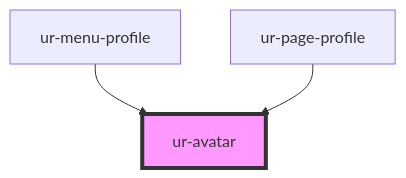
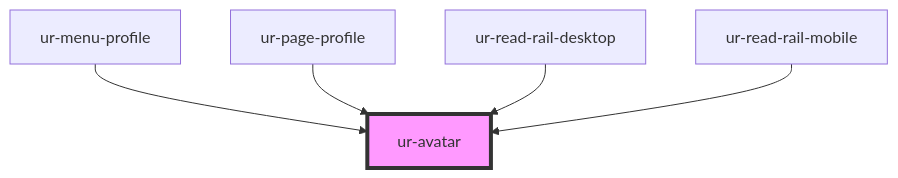
Before and after one commit to hellish/urnovl-web-components: the diagram in src/components/ur-avatar/readme.md, drawn with Mermaid. The commit also changed other lines of this file and 19 other files, not shown here.

````diff
--- a/src/components/ur-avatar/readme.md
+++ b/src/components/ur-avatar/readme.md
@@ -27,6 +29,8 @@
 ```mermaid
 graph TD;
   ur-menu-profile --> ur-avatar
   ur-page-profile --> ur-avatar
+  ur-read-rail-desktop --> ur-avatar
+  ur-read-rail-mobile --> ur-avatar
   style ur-avatar fill:#f9f,stroke:#333,stroke-width:4px
 ```
````
